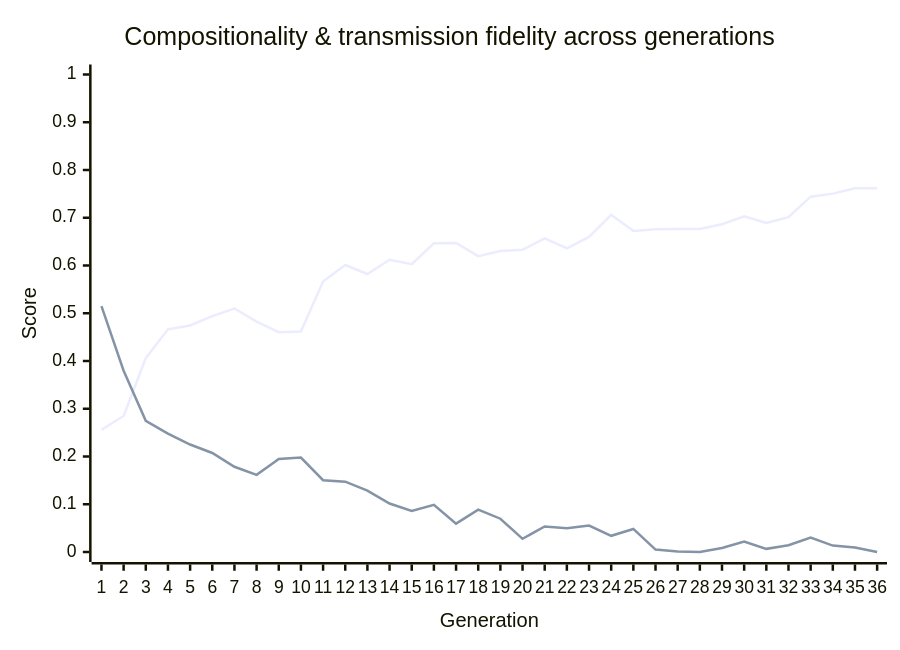
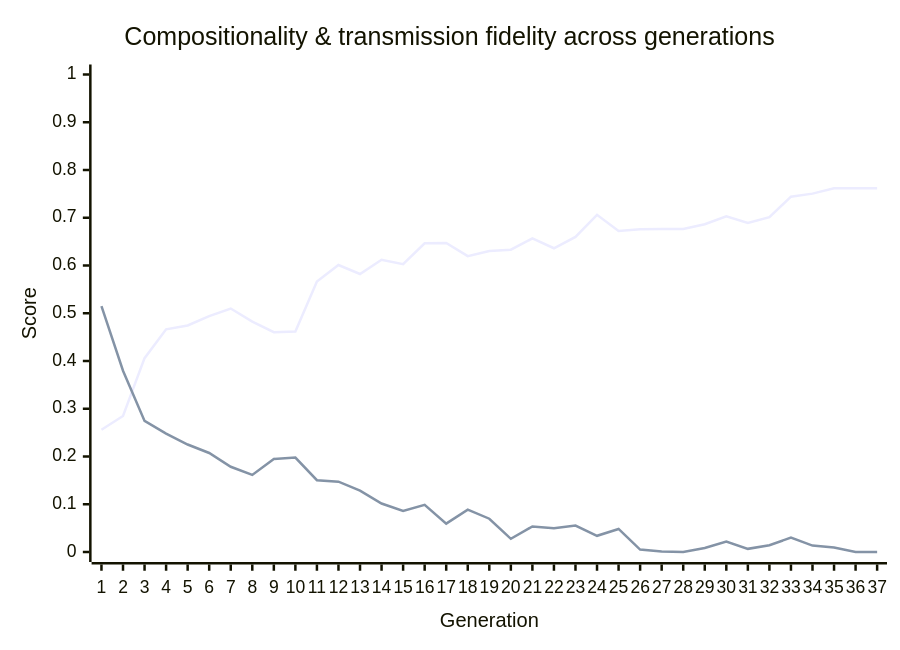
One commit to nichobbs/traditio changed the diagram in metrics/latest-report.md. Above: the diagram before and after it, drawn with Mermaid. The commit also changed other lines of this file and 1 other file, not shown here.

````diff
--- a/metrics/latest-report.md
+++ b/metrics/latest-report.md
@@ -40,8 +40,8 @@
 ```mermaid
 xychart-beta
     title "Compositionality & transmission fidelity across generations"
-    x-axis "Generation" [1, 2, 3, 4, 5, 6, 7, 8, 9, 10, 11, 12, 13, 14, 15, 16, 17, 18, 19, 20, 21, 22, 23, 24, 25, 26, 27, 28, 29, 30, 31, 32, 33, 34, 35, 36]
+    x-axis "Generation" [1, 2, 3, 4, 5, 6, 7, 8, 9, 10, 11, 12, 13, 14, 15, 16, 17, 18, 19, 20, 21, 22, 23, 24, 25, 26, 27, 28, 29, 30, 31, 32, 33, 34, 35, 36, 37]
     y-axis "Score" 0 --> 1
-    line "Compositionality" [0.2559, 0.2849, 0.4060, 0.4663, 0.4745, 0.4941, 0.5099, 0.4826, 0.4603, 0.4619, 0.5665, 0.6011, 0.5822, 0.6121, 0.6029, 0.6464, 0.6473, 0.6195, 0.6304, 0.6332, 0.6566, 0.6361, 0.6598, 0.7061, 0.6725, 0.6757, 0.6767, 0.6767, 0.6863, 0.7028, 0.6890, 0.7012, 0.7442, 0.7505, 0.7619, 0.7619]
-    line "Transmission Fidelity" [0.5148, 0.3796, 0.2746, 0.2481, 0.2251, 0.2074, 0.1785, 0.1615, 0.1949, 0.1977, 0.1504, 0.1472, 0.1286, 0.1016, 0.0861, 0.0987, 0.0594, 0.0888, 0.0697, 0.0276, 0.0536, 0.0500, 0.0553, 0.0339, 0.0483, 0.0051, 0.0012, 0.0000, 0.0083, 0.0219, 0.0066, 0.0142, 0.0301, 0.0134, 0.0092, 0.0000]
+    line "Compositionality" [0.2559, 0.2849, 0.4060, 0.4663, 0.4745, 0.4941, 0.5099, 0.4826, 0.4603, 0.4619, 0.5665, 0.6011, 0.5822, 0.6121, 0.6029, 0.6464, 0.6473, 0.6195, 0.6304, 0.6332, 0.6566, 0.6361, 0.6598, 0.7061, 0.6725, 0.6757, 0.6767, 0.6767, 0.6863, 0.7028, 0.6890, 0.7012, 0.7442, 0.7505, 0.7619, 0.7619, 0.7619]
+    line "Transmission Fidelity" [0.5148, 0.3796, 0.2746, 0.2481, 0.2251, 0.2074, 0.1785, 0.1615, 0.1949, 0.1977, 0.1504, 0.1472, 0.1286, 0.1016, 0.0861, 0.0987, 0.0594, 0.0888, 0.0697, 0.0276, 0.0536, 0.0500, 0.0553, 0.0339, 0.0483, 0.0051, 0.0012, 0.0000, 0.0083, 0.0219, 0.0066, 0.0142, 0.0301, 0.0134, 0.0092, 0.0000, 0.0000]
 ```
````
